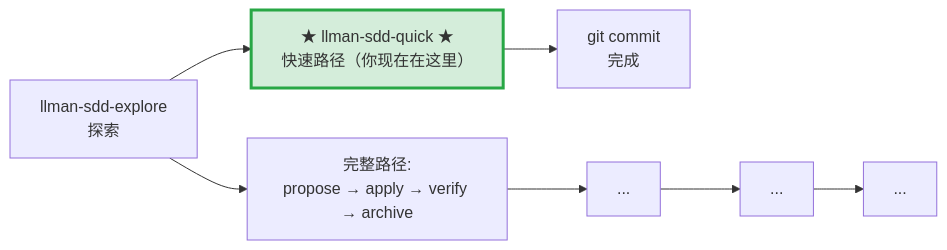
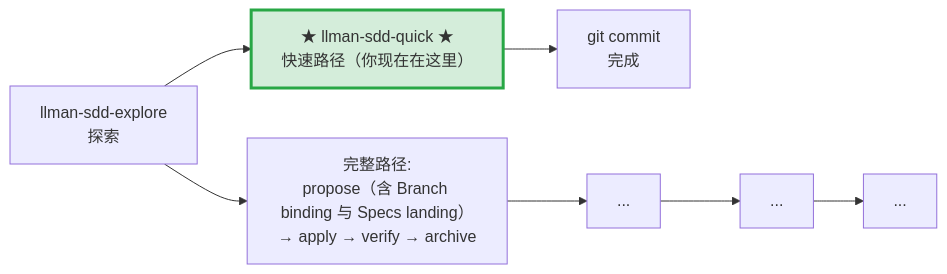
The diagram in .agents/skills/llman-sdd-quick/SKILL.md (StrayDragon/xylitol), drawn with Mermaid before and after one commit. The commit also changed other lines of this file and 16 other files, not shown here.

````diff
--- a/.agents/skills/llman-sdd-quick/SKILL.md
+++ b/.agents/skills/llman-sdd-quick/SKILL.md
@@ -17,14 +17,14 @@
 ```mermaid
 flowchart LR
     explore["llman-sdd-explore<br/>探索"] --> quick
 
     quick["★ llman-sdd-quick ★<br/>快速路径（你现在在这里）"]
     quick --> commit["git commit<br/>完成"]
 
-    explore --> propose["完整路径:<br/>propose → apply → verify → archive"]
+    explore --> propose["完整路径:<br/>propose（含 Branch binding 与 Specs landing）→ apply → verify → archive"]
     propose --> apply["..."]
     apply --> verify["..."]
     verify --> archive["..."]
 
     style quick fill:#d4edda,stroke:#28a745,stroke-width:3px
 ```
````
